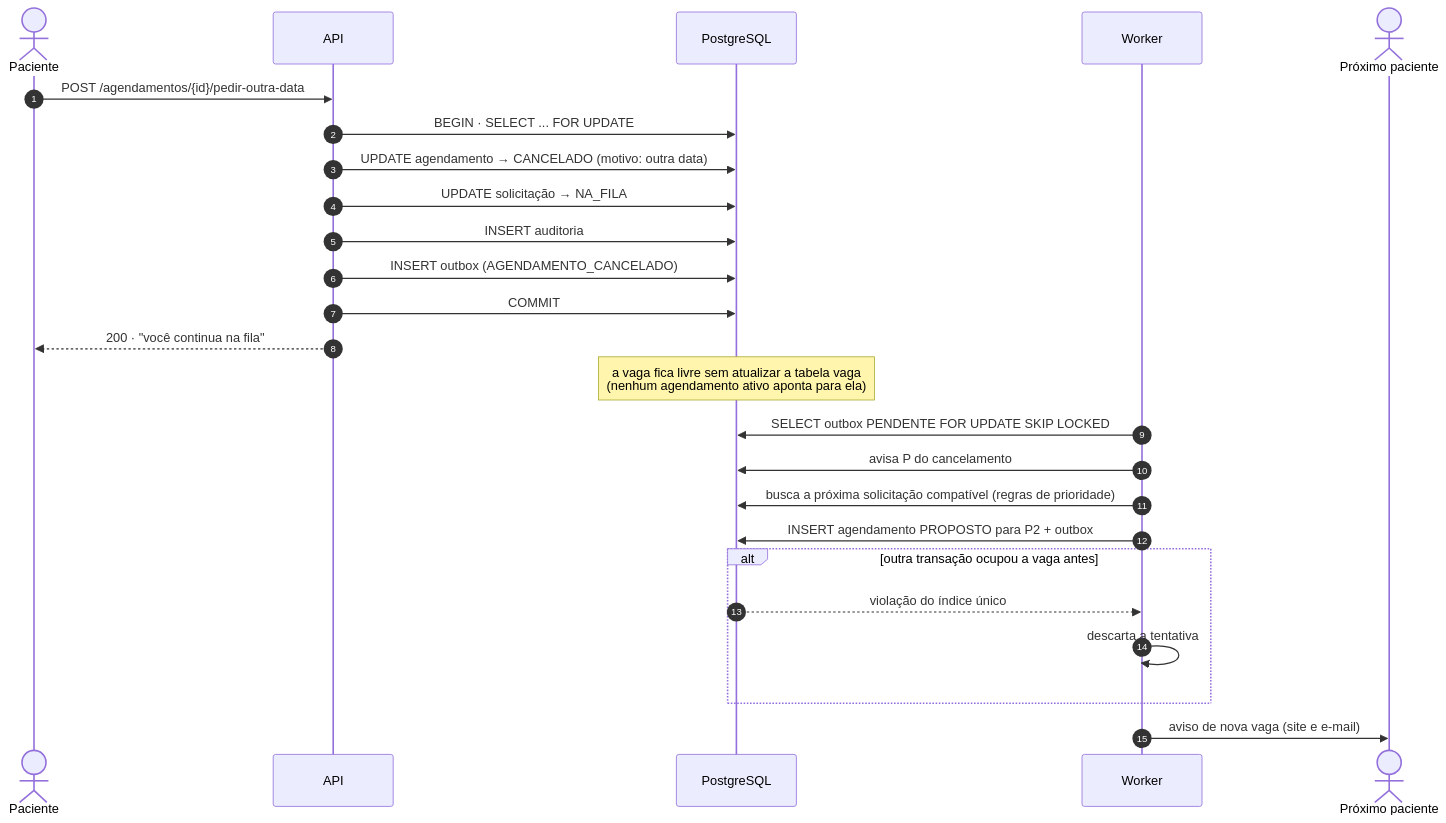
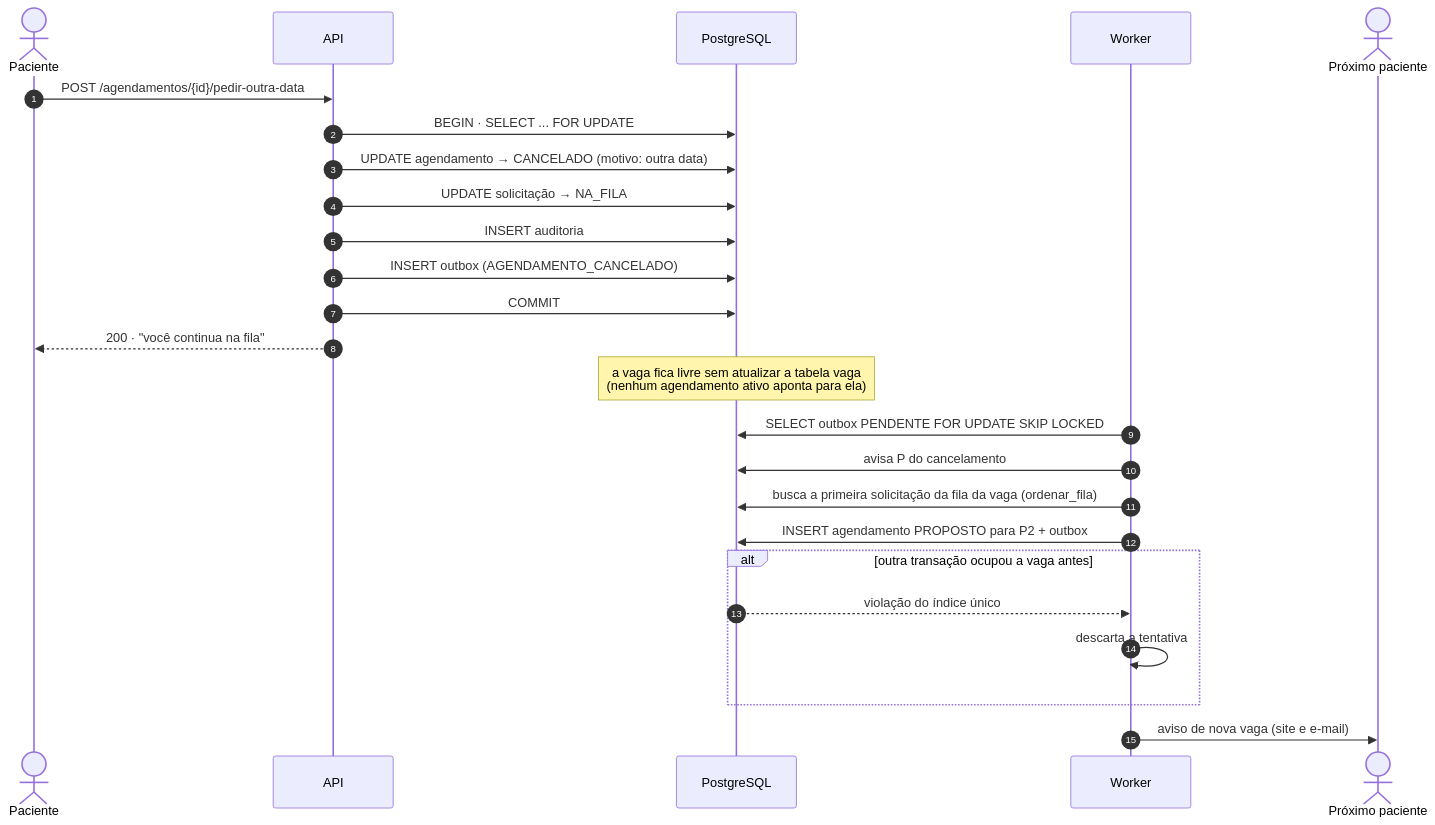
The diagram in docs/architecture/diagrams/sequence-cancellation.md (JoaoAzevedo184/Central-Saude-UPE), drawn with Mermaid before and after one commit. The commit also changed 2 other files, not shown here.

Commit message:
feat(docs): atualizar diagramas de atividades e classes com novas regras de negócio e estrutura de filas

````diff
--- a/docs/architecture/diagrams/sequence-cancellation.md
+++ b/docs/architecture/diagrams/sequence-cancellation.md
@@ -5,29 +5,29 @@
 ```mermaid
 sequenceDiagram
   autonumber
   actor P as Paciente
   participant A as API
   participant D as PostgreSQL
   participant W as Worker
   actor P2 as Próximo paciente
 
   P->>A: POST /agendamentos/{id}/pedir-outra-data
   A->>D: BEGIN · SELECT ... FOR UPDATE
   A->>D: UPDATE agendamento → CANCELADO (motivo: outra data)
   A->>D: UPDATE solicitação → NA_FILA
   A->>D: INSERT auditoria
   A->>D: INSERT outbox (AGENDAMENTO_CANCELADO)
   A->>D: COMMIT
   A-->>P: 200 · "você continua na fila"
   Note over D: a vaga fica livre sem atualizar a tabela vaga<br/>(nenhum agendamento ativo aponta para ela)
 
   W->>D: SELECT outbox PENDENTE FOR UPDATE SKIP LOCKED
   W->>D: avisa P do cancelamento
-  W->>D: busca a próxima solicitação compatível (regras de prioridade)
+  W->>D: busca a primeira solicitação da fila da vaga (ordenar_fila)
   W->>D: INSERT agendamento PROPOSTO para P2 + outbox
   alt outra transação ocupou a vaga antes
     D-->>W: violação do índice único
     W->>W: descarta a tentativa
   end
   W->>P2: aviso de nova vaga (site e e-mail)
 ```
````
